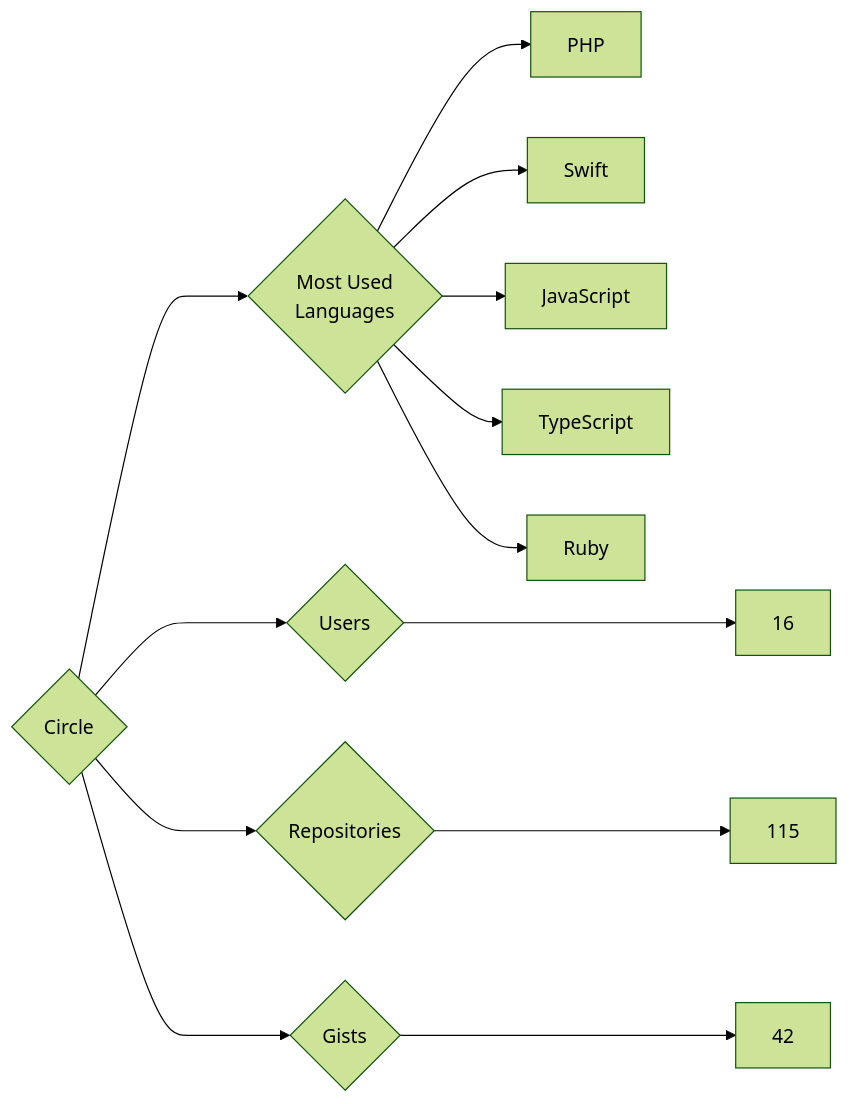
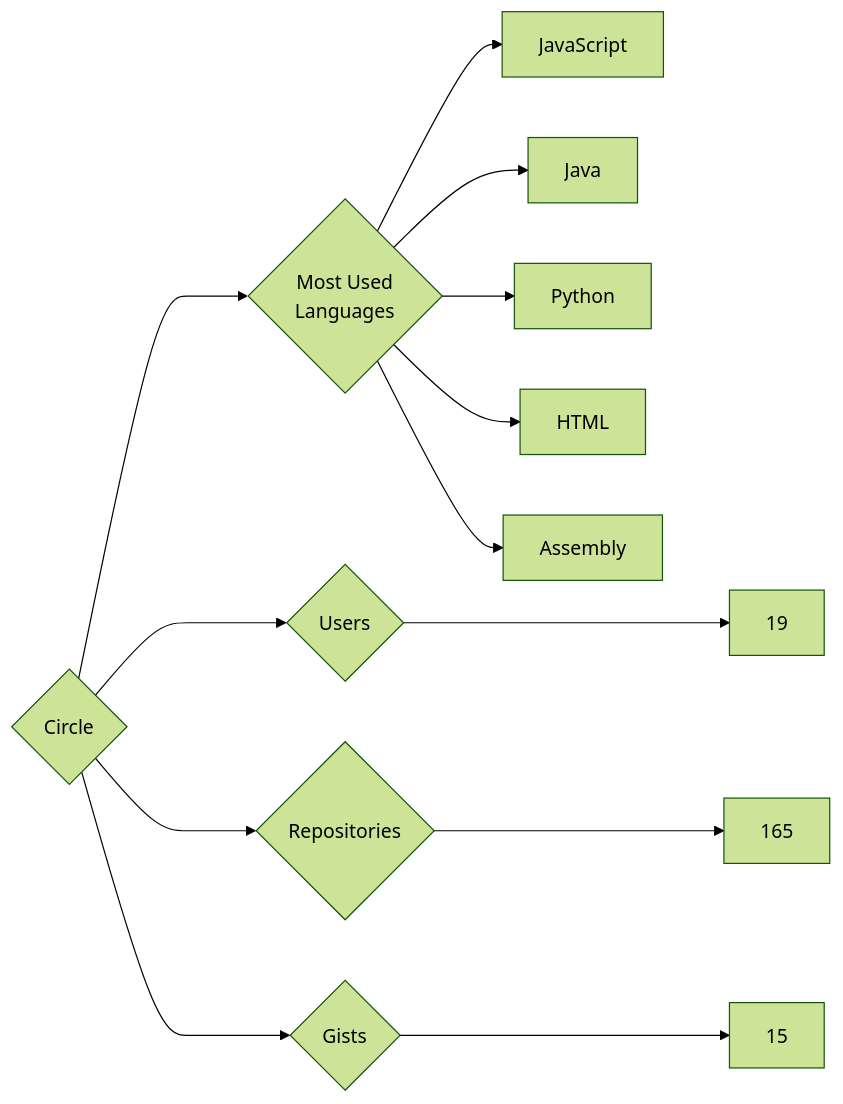
One commit to trickest/insiders changed the diagram in targets/Circle/README.md. Above: the diagram before and after it, drawn with Mermaid (forest theme). The commit also changed 772 other files, not shown here.

````diff
--- a/targets/Circle/README.md
+++ b/targets/Circle/README.md
@@ -3,13 +3,13 @@
 ```mermaid
 graph LR
 COMPANY_NAME{Circle}
-COMPANY_NAME ---> U{Users} ---> UN[16]
-COMPANY_NAME ---> R{Repositories} ---> RN[115]
-COMPANY_NAME ---> G{Gists} ---> GN[42]
+COMPANY_NAME ---> U{Users} ---> UN[19]
+COMPANY_NAME ---> R{Repositories} ---> RN[165]
+COMPANY_NAME ---> G{Gists} ---> GN[15]
 COMPANY_NAME ---> ML{Most Used<br>Languages}
-ML --> PHP[PHP]
-ML --> Swift[Swift]
 ML --> JavaScript[JavaScript]
-ML --> TypeScript[TypeScript]
-ML --> Ruby[Ruby]
+ML --> Java[Java]
+ML --> Python[Python]
+ML --> HTML[HTML]
+ML --> Assembly[Assembly]
 ```
````
